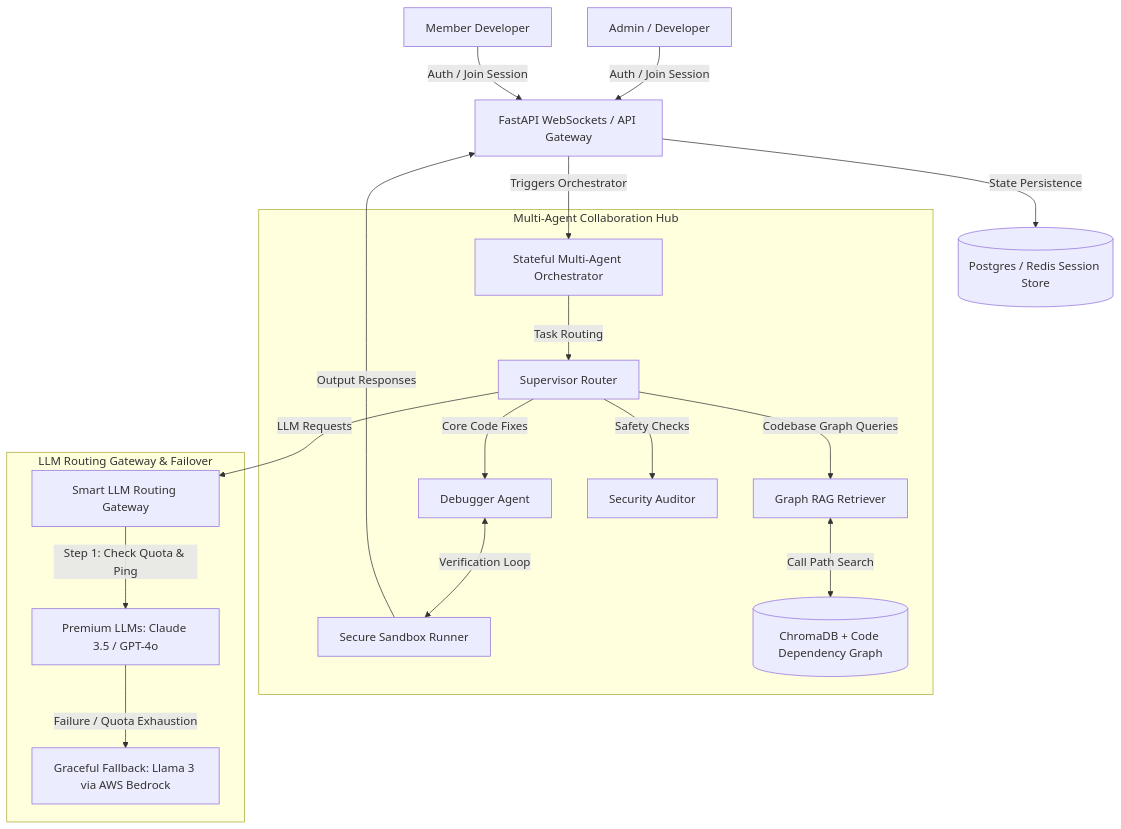
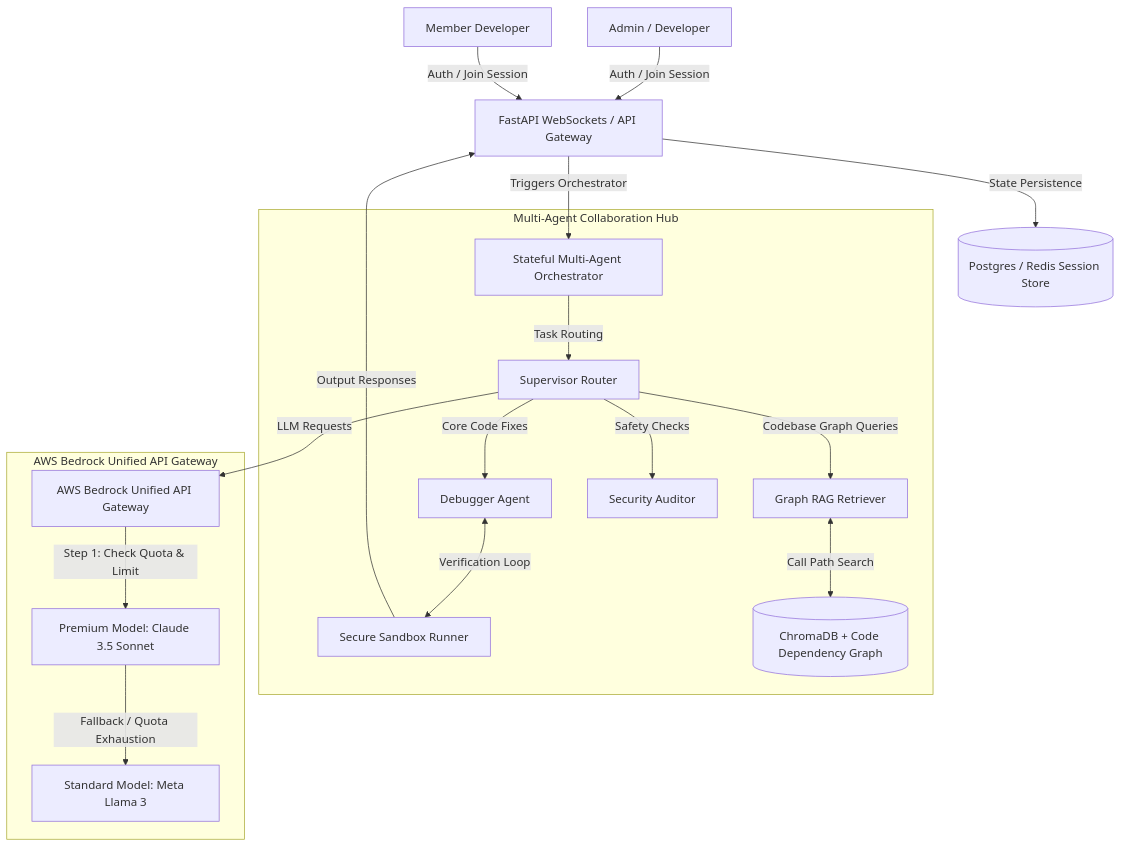
One commit to Mukund181/ai-code-debugger changed the diagram in README.md. Above: the diagram before and after it, drawn with Mermaid. The commit also changed other lines of this file, not shown here.

````diff
--- a/README.md
+++ b/README.md
@@ -13,32 +13,32 @@
 ```mermaid
 graph TD
     %% User Tier
     U1[Admin / Developer] -->|Auth / Join Session| WS[FastAPI WebSockets / API Gateway]
     U2[Member Developer] -->|Auth / Join Session| WS
     
     %% API / Orchestration Gateway
     WS -->|State Persistence| DB[(Postgres / Redis Session Store)]
     WS -->|Triggers Orchestrator| MA[Stateful Multi-Agent Orchestrator]
     
     %% Multi-Agent Router
     subgraph Multi-Agent Collaboration Hub
         MA -->|Task Routing| AR[Supervisor Router]
         AR -->|Core Code Fixes| DBG[Debugger Agent]
         AR -->|Codebase Graph Queries| RAG[Graph RAG Retriever]
         AR -->|Safety Checks| SEC[Security Auditor]
         
         DBG <-->|Verification Loop| SB[Secure Sandbox Runner]
         RAG <-->|Call Path Search| CG[(ChromaDB + Code Dependency Graph)]
     end
     
     %% Intelligent LLM Gateway
-    AR -->|LLM Requests| GW[Smart LLM Routing Gateway]
+    AR -->|LLM Requests| GW[AWS Bedrock Unified API Gateway]
     
-    subgraph LLM Routing Gateway & Failover
-        GW -->|Step 1: Check Quota & Ping| P1[Premium LLMs: Claude 3.5 / GPT-4o]
-        P1 -->|Failure / Quota Exhaustion| P2[Graceful Fallback: Llama 3 via AWS Bedrock]
+    subgraph AWS Bedrock Unified API Gateway
+        GW -->|Step 1: Check Quota & Limit| P1[Premium Model: Claude 3.5 Sonnet]
+        P1 -->|Fallback / Quota Exhaustion| P2[Standard Model: Meta Llama 3]
     end
 
     %% Deployment
     SB -->|Output Responses| WS
 ```
````
